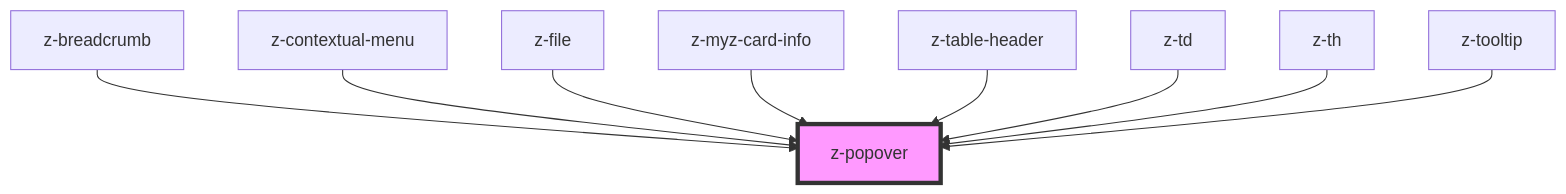
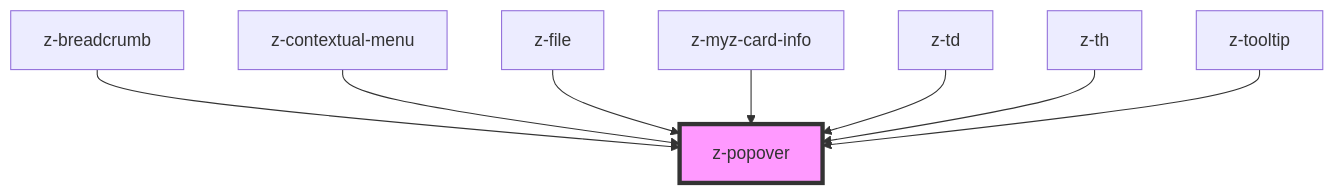
The diagram in src/components/z-popover/readme.md (ZanichelliEditore/design-system), drawn with Mermaid before and after one commit. The commit also changed other lines of this file and 51 other files, not shown here.

````diff
--- a/src/components/z-popover/readme.md
+++ b/src/components/z-popover/readme.md
@@ -67,12 +66,11 @@
 ```mermaid
 graph TD;
   z-breadcrumb --> z-popover
   z-contextual-menu --> z-popover
   z-file --> z-popover
   z-myz-card-info --> z-popover
-  z-table-header --> z-popover
   z-td --> z-popover
   z-th --> z-popover
   z-tooltip --> z-popover
   style z-popover fill:#f9f,stroke:#333,stroke-width:4px
 ```
````
